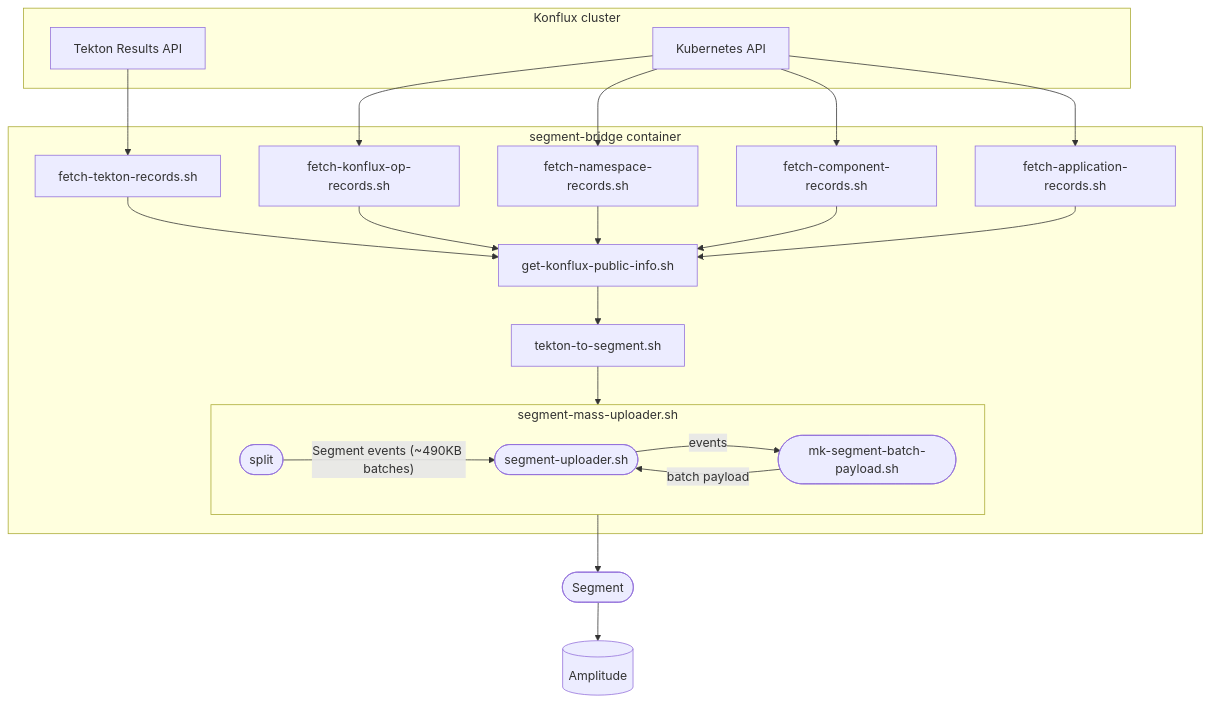
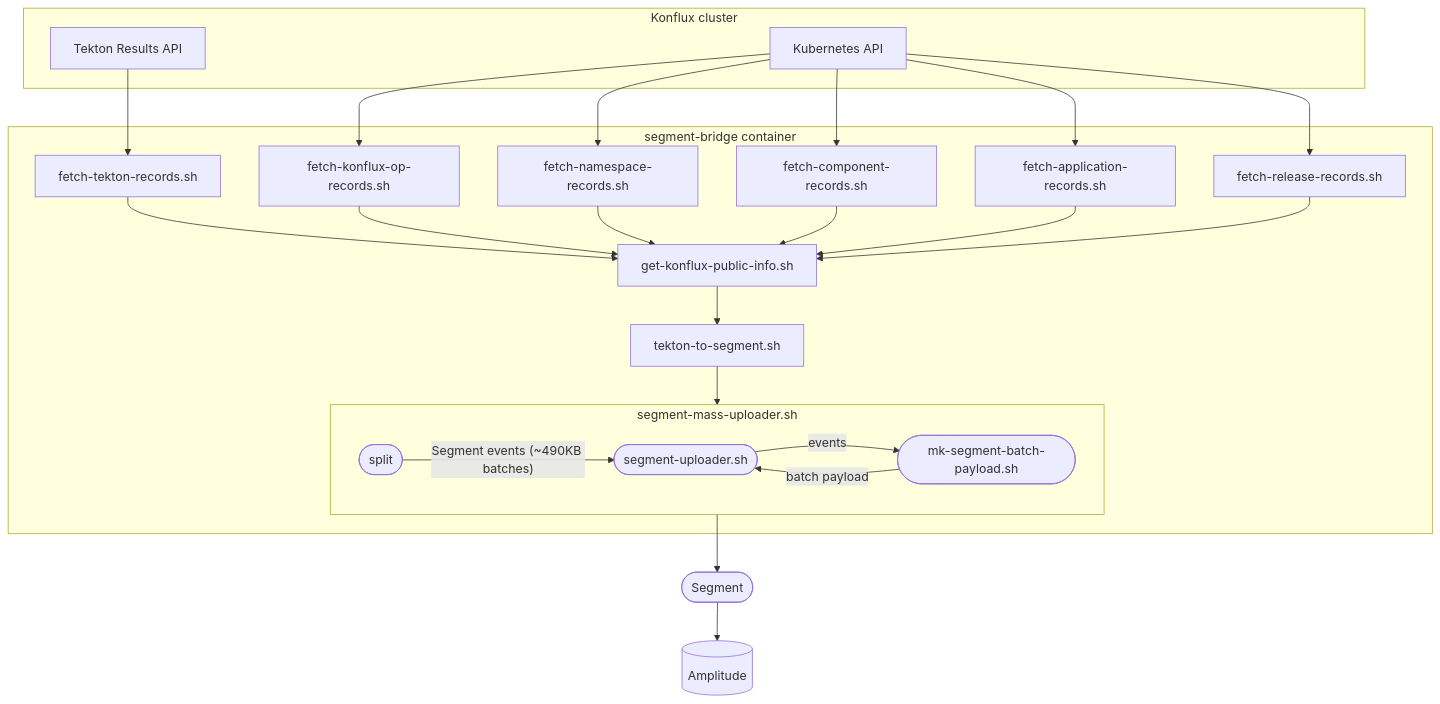
One commit to konflux-ci/segment-bridge changed the diagram in README.md. Above: the diagram before and after it, drawn with Mermaid. The commit also changed other lines of this file and 19 other files, not shown here.

````diff
--- a/README.md
+++ b/README.md
@@ -6,41 +6,44 @@
 ```mermaid
 flowchart TB
     subgraph A["Konflux cluster"]
         A1["Tekton Results API"]
         A2["Kubernetes API"]
     end
 
     subgraph B["segment-bridge container"]
         B1["fetch-tekton-records.sh"]
         B1b["fetch-konflux-op-records.sh"]
         B1c["fetch-namespace-records.sh"]
         B1d["fetch-component-records.sh"]
         B1e["fetch-application-records.sh"]
+        B1f["fetch-release-records.sh"]
         B2["get-konflux-public-info.sh"]
         B3["tekton-to-segment.sh"]
         subgraph B4["segment-mass-uploader.sh"]
             B4C([split])
             B4A([segment-uploader.sh])
             B4B([mk-segment-batch-payload.sh])
             B4C--"Segment events (~490KB batches)"-->B4A
             B4A--"events"-->B4B--"batch payload"-->B4A
         end
         B1 --> B2
         B1b --> B2
         B1c --> B2
         B1d --> B2
         B1e --> B2
+        B1f --> B2
         B2 --> B3
         B3 --> B4
     end
 
     A1 --> B1
     A2 --> B1b
     A2 --> B1c
     A2 --> B1d
     A2 --> B1e
+    A2 --> B1f
 
     G([Segment])
     H[(Amplitude)]
     B4 --> G --> H
 ```
````
